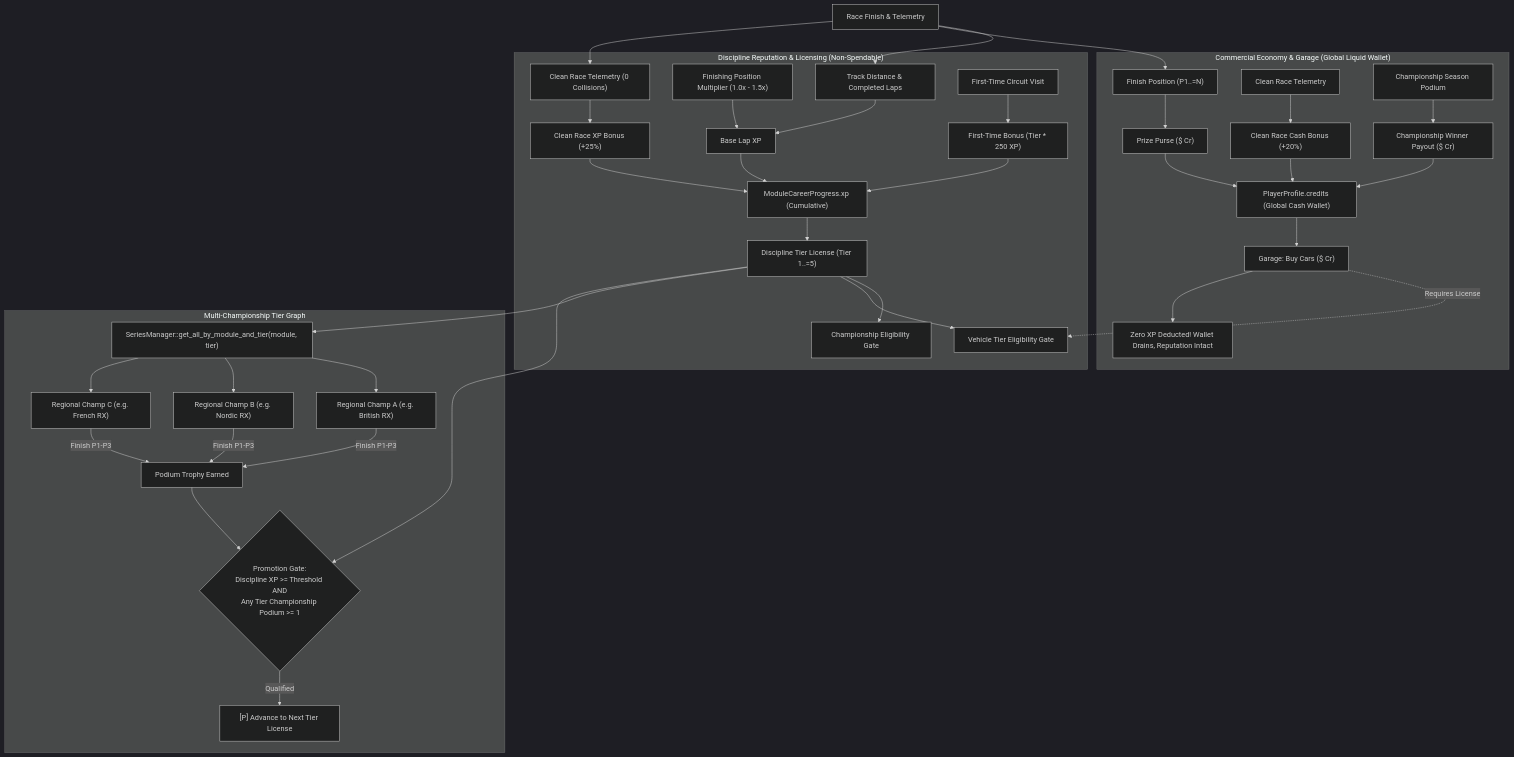
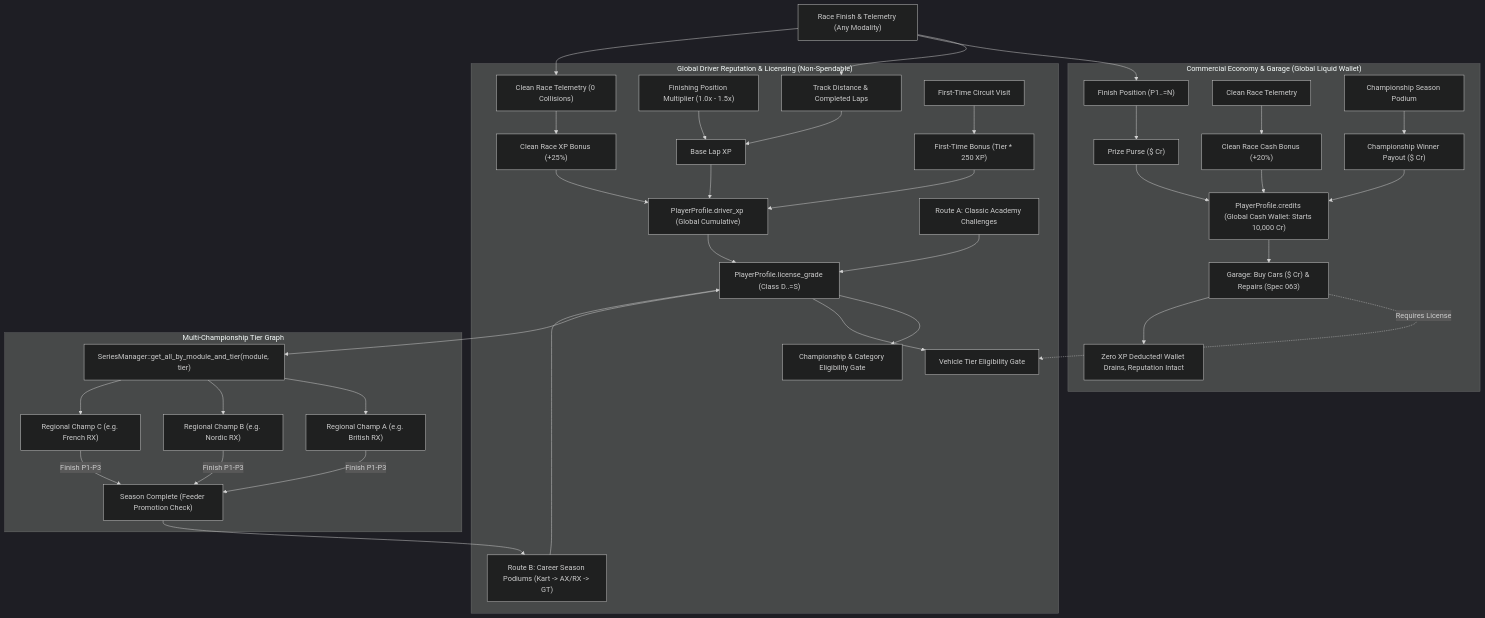
Before and after one commit to magomar/tdrace: the second of 2 diagrams in specs/053_dual_currency_economy_and_branching_career_progression_architecture.md, drawn with Mermaid (dark theme). The commit also changed other lines of this file and 11 other files, not shown here.

Commit message:
feat(career): establish license grade hierarchy, global driver xp, and dual-track progression (Spec 053, Spec 060)

````diff
--- a/specs/053_dual_currency_economy_and_branching_career_progression_architecture.md
+++ b/specs/053_dual_currency_economy_and_branching_career_progression_architecture.md
@@ -64,45 +67,47 @@
 ```mermaid
 flowchart TD
-    RaceEnd["Race Finish & Telemetry"]
+    RaceEnd["Race Finish & Telemetry (Any Modality)"]
     
-    subgraph ReputationTrack ["Discipline Reputation & Licensing (Non-Spendable)"]
+    subgraph ReputationTrack ["Global Driver Reputation & Licensing (Non-Spendable)"]
         LapDist["Track Distance & Completed Laps"] --> LapXP["Base Lap XP"]
         FinishPosXP["Finishing Position Multiplier (1.0x - 1.5x)"] --> LapXP
         CleanTelemetry["Clean Race Telemetry (0 Collisions)"] --> CleanXP["Clean Race XP Bonus (+25%)"]
         FirstTimeCheck["First-Time Circuit Visit"] --> ExploreXP["First-Time Bonus (Tier * 250 XP)"]
         
-        LapXP & CleanXP & ExploreXP --> DisciplineXP["ModuleCareerProgress.xp (Cumulative)"]
-        DisciplineXP --> TierLicense["Discipline Tier License (Tier 1..=5)"]
-        TierLicense --> ChampEligibility["Championship Eligibility Gate"]
-        TierLicense --> CarTierEligibility["Vehicle Tier Eligibility Gate"]
+        LapXP & CleanXP & ExploreXP --> GlobalXP["PlayerProfile.driver_xp (Global Cumulative)"]
+        GlobalXP --> LicenseGrade["PlayerProfile.license_grade (Class D..=S)"]
+        
+        AcadTrack["Route A: Classic Academy Challenges"] --> LicenseGrade
+        FeederTrack["Route B: Career Season Podiums (Kart -> AX/RX -> GT)"] --> LicenseGrade
+        
+        LicenseGrade --> ChampEligibility["Championship & Category Eligibility Gate"]
+        LicenseGrade --> CarTierEligibility["Vehicle Tier Eligibility Gate"]
     end
     
     subgraph CashEconomyTrack ["Commercial Economy & Garage (Global Liquid Wallet)"]
         FinishPosCash["Finish Position (P1..=N)"] --> PrizePurse["Prize Purse ($ Cr)"]
         CleanCash["Clean Race Telemetry"] --> CleanPurseBonus["Clean Race Cash Bonus (+20%)"]
         ChampStandings["Championship Season Podium"] --> SeasonPurseBonus["Championship Winner Payout ($ Cr)"]
         
-        PrizePurse & CleanPurseBonus & SeasonPurseBonus --> ProfileWallet["PlayerProfile.credits (Global Cash Wallet)"]
-        ProfileWallet --> BuyCarCash["Garage: Buy Cars ($ Cr)"]
+        PrizePurse & CleanPurseBonus & SeasonPurseBonus --> ProfileWallet["PlayerProfile.credits (Global Cash Wallet: Starts 10,000 Cr)"]
+        ProfileWallet --> BuyCarCash["Garage: Buy Cars ($ Cr) & Repairs (Spec 063)"]
         BuyCarCash -.->|Requires License| CarTierEligibility
         BuyCarCash --> ZeroXPDeduction["Zero XP Deducted! Wallet Drains, Reputation Intact"]
     end
 
     subgraph BranchingTierEngine ["Multi-Championship Tier Graph"]
-        TierLicense --> AvailableChamps["SeriesManager::get_all_by_module_and_tier(module, tier)"]
+        LicenseGrade --> AvailableChamps["SeriesManager::get_all_by_module_and_tier(module, tier)"]
         AvailableChamps --> ChampA["Regional Champ A (e.g. British RX)"]
         AvailableChamps --> ChampB["Regional Champ B (e.g. Nordic RX)"]
         AvailableChamps --> ChampC["Regional Champ C (e.g. French RX)"]
         
-        ChampA -->|Finish P1-P3| PodiumAward["Podium Trophy Earned"]
-        ChampB -->|Finish P1-P3| PodiumAward
-        ChampC -->|Finish P1-P3| PodiumAward
-        
-        PodiumAward & TierLicense --> PromotionGate{"Promotion Gate:\nDiscipline XP >= Threshold AND\nAny Tier Championship Podium >= 1"}
-        PromotionGate -->|Qualified| PromoteAction["[P] Advance to Next Tier License"]
+        ChampA -->|Finish P1-P3| SeasonFeeder["Season Complete (Feeder Promotion Check)"]
+        ChampB -->|Finish P1-P3| SeasonFeeder
+        ChampC -->|Finish P1-P3| SeasonFeeder
+        SeasonFeeder --> FeederTrack
     end
 
     RaceEnd --> LapDist
     RaceEnd --> FinishPosCash
     RaceEnd --> CleanTelemetry
 ```
````
